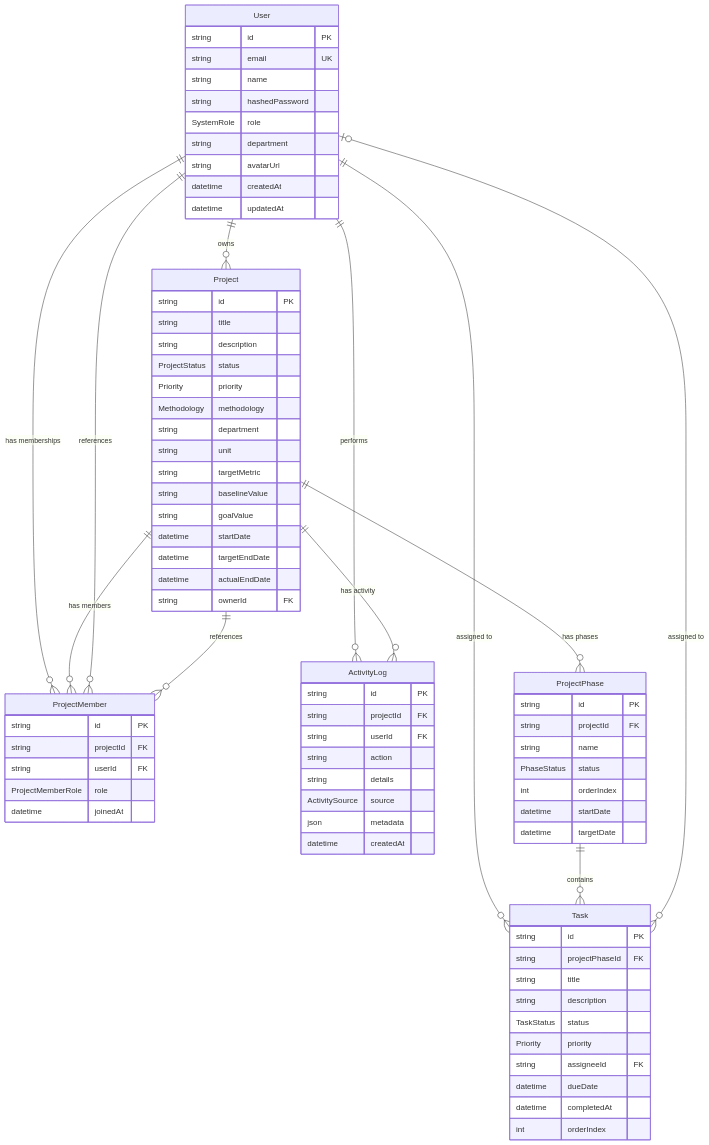
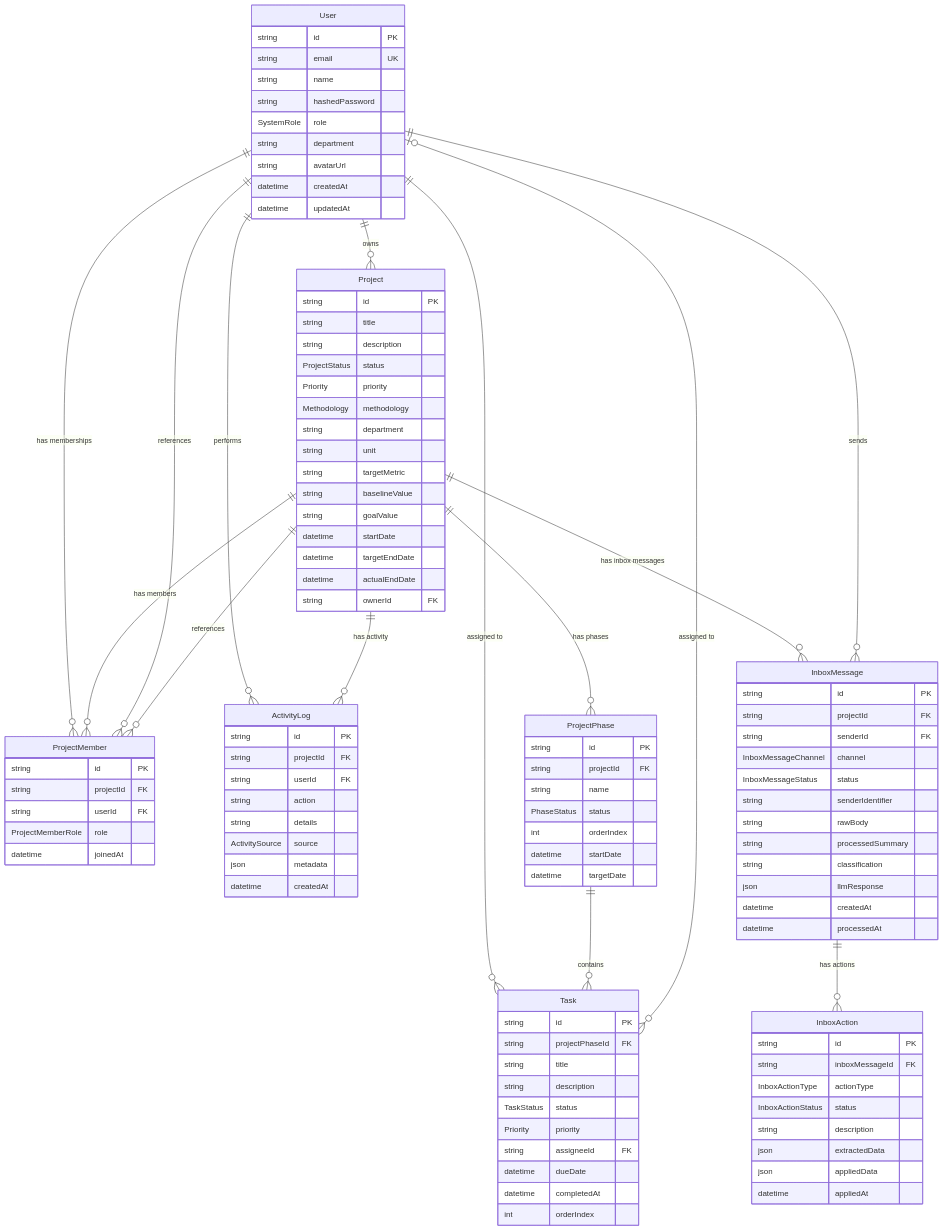
The first of 10 diagrams in docs/diagrams.md (akbarherekar/QIapp), drawn with Mermaid before and after one commit. The commit also changed other lines of this file and 27 other files, not shown here.

First line of the commit message:
Add AI-powered project inbox with Claude integration

````diff
--- a/docs/diagrams.md
+++ b/docs/diagrams.md
@@ -95,4 +95,34 @@
         json metadata
         datetime createdAt
     }
+
+    Project ||--o{ InboxMessage : "has inbox messages"
+    User ||--o{ InboxMessage : "sends"
+    InboxMessage ||--o{ InboxAction : "has actions"
+
+    InboxMessage {
+        string id PK
+        string projectId FK
+        string senderId FK
+        InboxMessageChannel channel
+        InboxMessageStatus status
+        string senderIdentifier
+        string rawBody
+        string processedSummary
+        string classification
+        json llmResponse
+        datetime createdAt
+        datetime processedAt
+    }
+
+    InboxAction {
+        string id PK
+        string inboxMessageId FK
+        InboxActionType actionType
+        InboxActionStatus status
+        string description
+        json extractedData
+        json appliedData
+        datetime appliedAt
+    }
 ```
````
